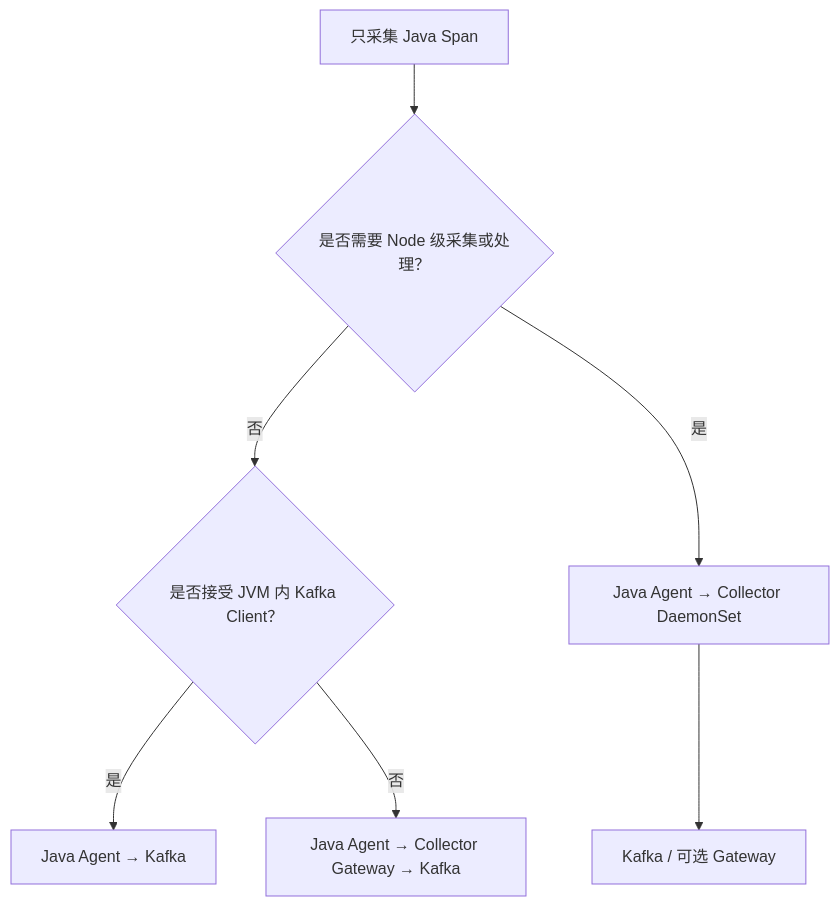
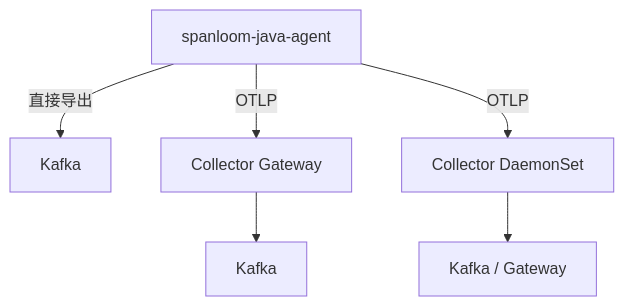
Before and after one commit to XiaoWeiKIN/Observability-Fieldnotes: the sixth of 6 diagrams in docs/comparisons/datadog-agent-vs-otel-collector-daemonset.md, drawn with Mermaid. The commit also changed other lines of this file, not shown here.

Commit message:
docs(comparisons): rewrite Datadog and OTel Collector deployment comparison for readers

````diff
--- a/docs/comparisons/datadog-agent-vs-otel-collector-daemonset.md
+++ b/docs/comparisons/datadog-agent-vs-otel-collector-daemonset.md
@@ -188,9 +130,9 @@
-```mermaid
+~~~mermaid
 flowchart TD
-    A["只采集 Java Span"] --> B{"是否需要 Node 级采集或处理？"}
-    B -->|"否"| C{"是否接受 JVM 内 Kafka Client？"}
-    C -->|"是"| D["Java Agent → Kafka"]
-    C -->|"否"| E["Java Agent → Collector Gateway → Kafka"]
-    B -->|"是"| F["Java Agent → Collector DaemonSet"]
-    F --> G["Kafka / 可选 Gateway"]
-```
+    J["spanloom-java-agent"]
+    J -->|"直接导出"| K1["Kafka"]
+    J -->|"OTLP"| G["Collector Gateway"]
+    G --> K2["Kafka"]
+    J -->|"OTLP"| N["Collector DaemonSet"]
+    N --> K3["Kafka / Gateway"]
+~~~
````
